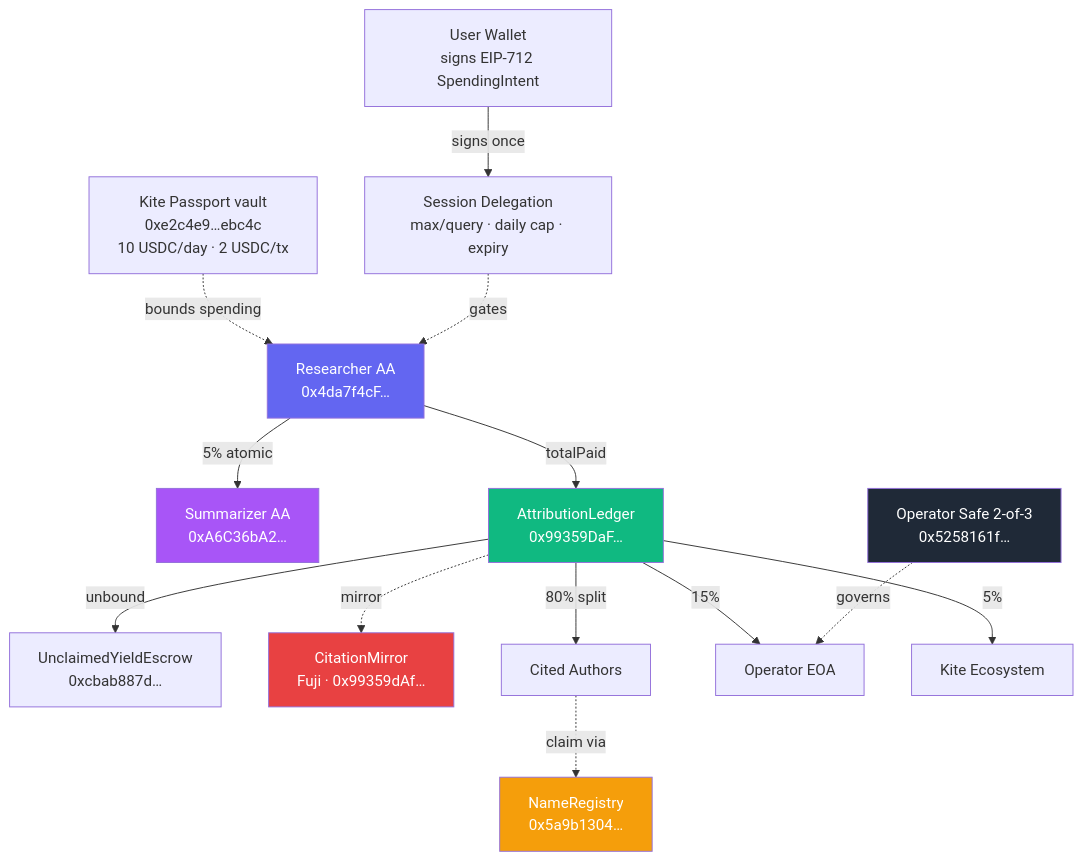
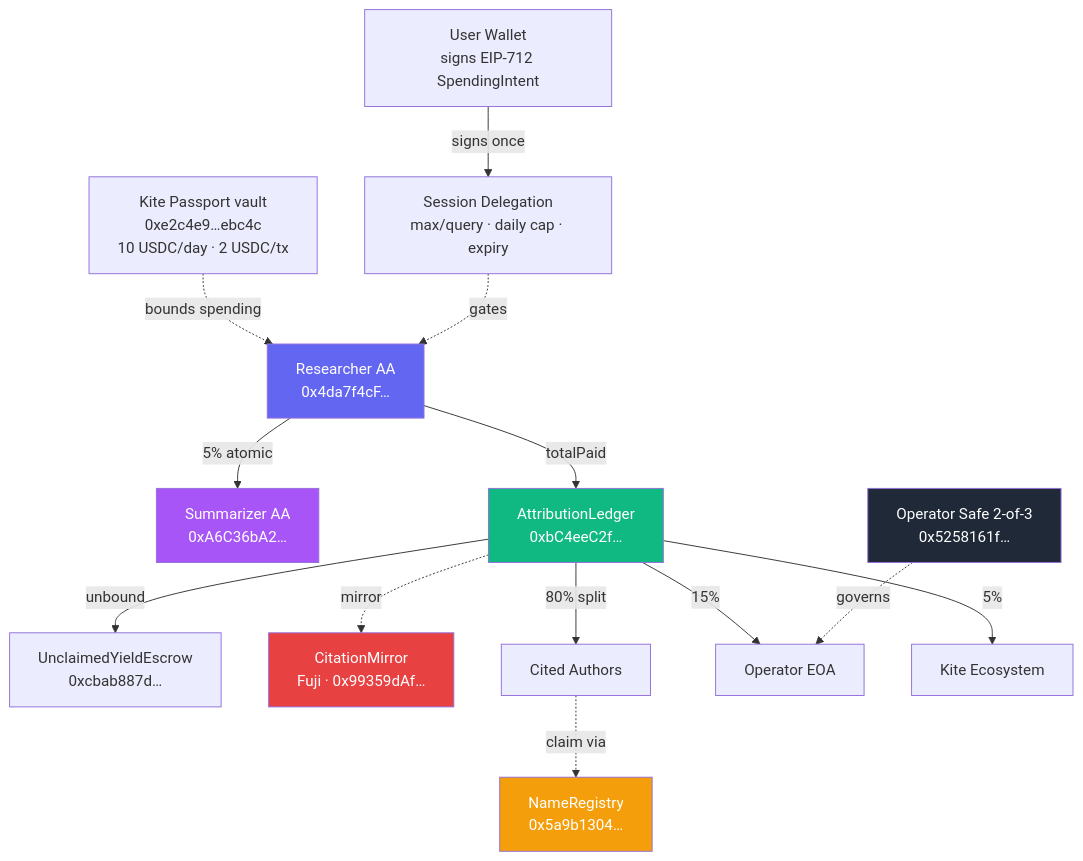
Before and after one commit to PugarHuda/kutip: the diagram in docs/submission-copy.md, drawn with Mermaid. The commit also changed other lines of this file and 9 other files, not shown here.

````diff
--- a/docs/submission-copy.md
+++ b/docs/submission-copy.md
@@ -137,33 +137,33 @@
 ```mermaid
 flowchart TB
     User[User Wallet<br/>signs EIP-712 SpendingIntent]
     Passport[Session Delegation<br/>max/query · daily cap · expiry]
     KitePass[Kite Passport vault<br/>0xe2c4e9…ebc4c<br/>10 USDC/day · 2 USDC/tx]
     Researcher[Researcher AA<br/>0x4da7f4cF…]
     Summarizer[Summarizer AA<br/>0xA6C36bA2…]
-    Ledger[AttributionLedger<br/>0x99359DaF…]
+    Ledger[AttributionLedger<br/>0xbC4eeC2f…]
     NameReg[NameRegistry<br/>0x5a9b1304…]
     Escrow[UnclaimedYieldEscrow<br/>0xcbab887d…]
     Mirror[CitationMirror<br/>Fuji · 0x99359dAf…]
     Safe[Operator Safe 2-of-3<br/>0x5258161f…]
 
     User --signs once--> Passport
     KitePass -.bounds spending.-> Researcher
     Passport -.gates.-> Researcher
     Researcher --5% atomic--> Summarizer
     Researcher --totalPaid--> Ledger
     Ledger --80% split--> Authors[Cited Authors]
     Ledger --15%--> Operator[Operator EOA]
     Ledger --5%--> Eco[Kite Ecosystem]
     Authors -.claim via.-> NameReg
     Ledger --unbound--> Escrow
     Ledger -.mirror.-> Mirror
     Safe -.governs.-> Operator
 
     style Researcher fill:#6366f1,color:#fff
     style Summarizer fill:#a855f7,color:#fff
     style Ledger fill:#10b981,color:#fff
     style NameReg fill:#f59e0b,color:#fff
     style Mirror fill:#e84142,color:#fff
     style Safe fill:#1f2937,color:#fff
 ```
````
